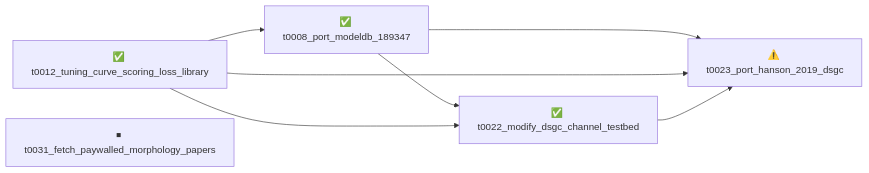
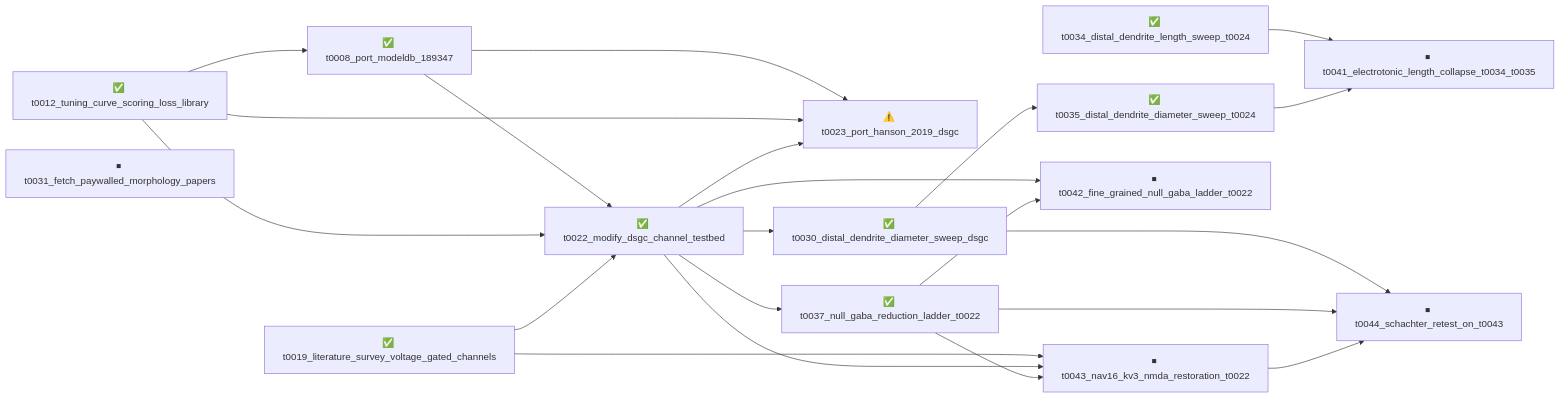
One commit to tonza17/neuron-channels changed the diagram in overview/tasks/README.md. Above: the diagram before and after it, drawn with Mermaid. The commit also changed other lines of this file and 46 other files, not shown here.

````diff
--- a/overview/tasks/README.md
+++ b/overview/tasks/README.md
@@ -13,15 +13,38 @@
 ```mermaid
 graph LR
     t0008_port_modeldb_189347["✅ t0008_port_modeldb_189347"]
     t0012_tuning_curve_scoring_loss_library["✅ t0012_tuning_curve_scoring_loss_library"]
+    t0019_literature_survey_voltage_gated_channels["✅ t0019_literature_survey_voltage_gated_channels"]
     t0022_modify_dsgc_channel_testbed["✅ t0022_modify_dsgc_channel_testbed"]
     t0023_port_hanson_2019_dsgc["⚠️ t0023_port_hanson_2019_dsgc"]
+    t0030_distal_dendrite_diameter_sweep_dsgc["✅ t0030_distal_dendrite_diameter_sweep_dsgc"]
     t0031_fetch_paywalled_morphology_papers["⏹ t0031_fetch_paywalled_morphology_papers"]
+    t0034_distal_dendrite_length_sweep_t0024["✅ t0034_distal_dendrite_length_sweep_t0024"]
+    t0035_distal_dendrite_diameter_sweep_t0024["✅ t0035_distal_dendrite_diameter_sweep_t0024"]
+    t0037_null_gaba_reduction_ladder_t0022["✅ t0037_null_gaba_reduction_ladder_t0022"]
+    t0041_electrotonic_length_collapse_t0034_t0035["⏹ t0041_electrotonic_length_collapse_t0034_t0035"]
+    t0042_fine_grained_null_gaba_ladder_t0022["⏹ t0042_fine_grained_null_gaba_ladder_t0022"]
+    t0043_nav16_kv3_nmda_restoration_t0022["⏹ t0043_nav16_kv3_nmda_restoration_t0022"]
+    t0044_schachter_retest_on_t0043["⏹ t0044_schachter_retest_on_t0043"]
 
     t0012_tuning_curve_scoring_loss_library --> t0008_port_modeldb_189347
     t0008_port_modeldb_189347 --> t0022_modify_dsgc_channel_testbed
     t0012_tuning_curve_scoring_loss_library --> t0022_modify_dsgc_channel_testbed
+    t0019_literature_survey_voltage_gated_channels --> t0022_modify_dsgc_channel_testbed
     t0008_port_modeldb_189347 --> t0023_port_hanson_2019_dsgc
     t0012_tuning_curve_scoring_loss_library --> t0023_port_hanson_2019_dsgc
     t0022_modify_dsgc_channel_testbed --> t0023_port_hanson_2019_dsgc
+    t0022_modify_dsgc_channel_testbed --> t0030_distal_dendrite_diameter_sweep_dsgc
+    t0030_distal_dendrite_diameter_sweep_dsgc --> t0035_distal_dendrite_diameter_sweep_t0024
+    t0022_modify_dsgc_channel_testbed --> t0037_null_gaba_reduction_ladder_t0022
+    t0034_distal_dendrite_length_sweep_t0024 --> t0041_electrotonic_length_collapse_t0034_t0035
+    t0035_distal_dendrite_diameter_sweep_t0024 --> t0041_electrotonic_length_collapse_t0034_t0035
+    t0022_modify_dsgc_channel_testbed --> t0042_fine_grained_null_gaba_ladder_t0022
+    t0037_null_gaba_reduction_ladder_t0022 --> t0042_fine_grained_null_gaba_ladder_t0022
+    t0019_literature_survey_voltage_gated_channels --> t0043_nav16_kv3_nmda_restoration_t0022
+    t0022_modify_dsgc_channel_testbed --> t0043_nav16_kv3_nmda_restoration_t0022
+    t0037_null_gaba_reduction_ladder_t0022 --> t0043_nav16_kv3_nmda_restoration_t0022
+    t0030_distal_dendrite_diameter_sweep_dsgc --> t0044_schachter_retest_on_t0043
+    t0037_null_gaba_reduction_ladder_t0022 --> t0044_schachter_retest_on_t0043
+    t0043_nav16_kv3_nmda_restoration_t0022 --> t0044_schachter_retest_on_t0043
 ```
````
